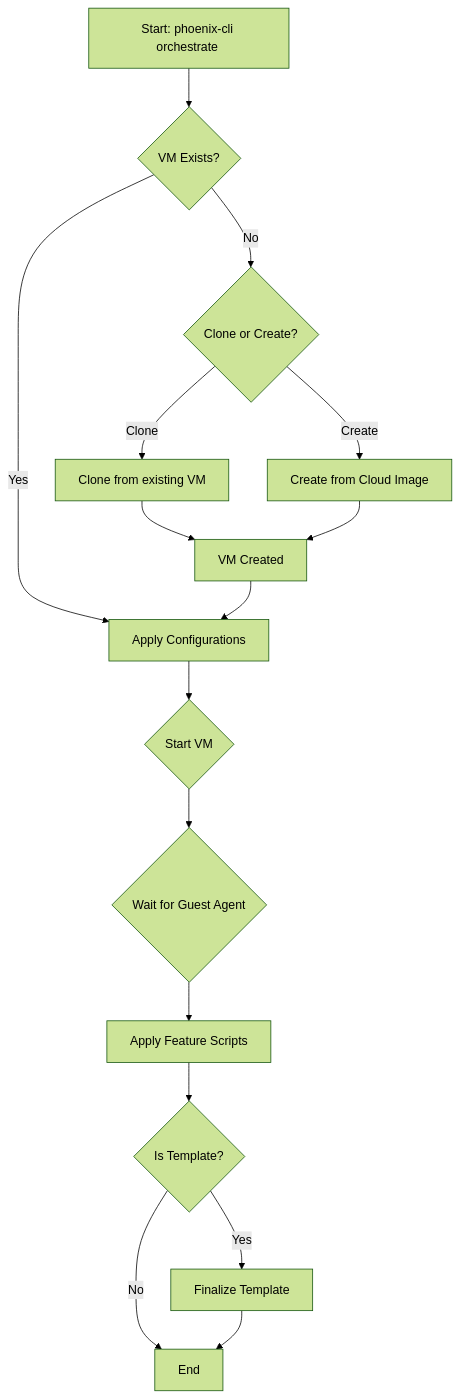
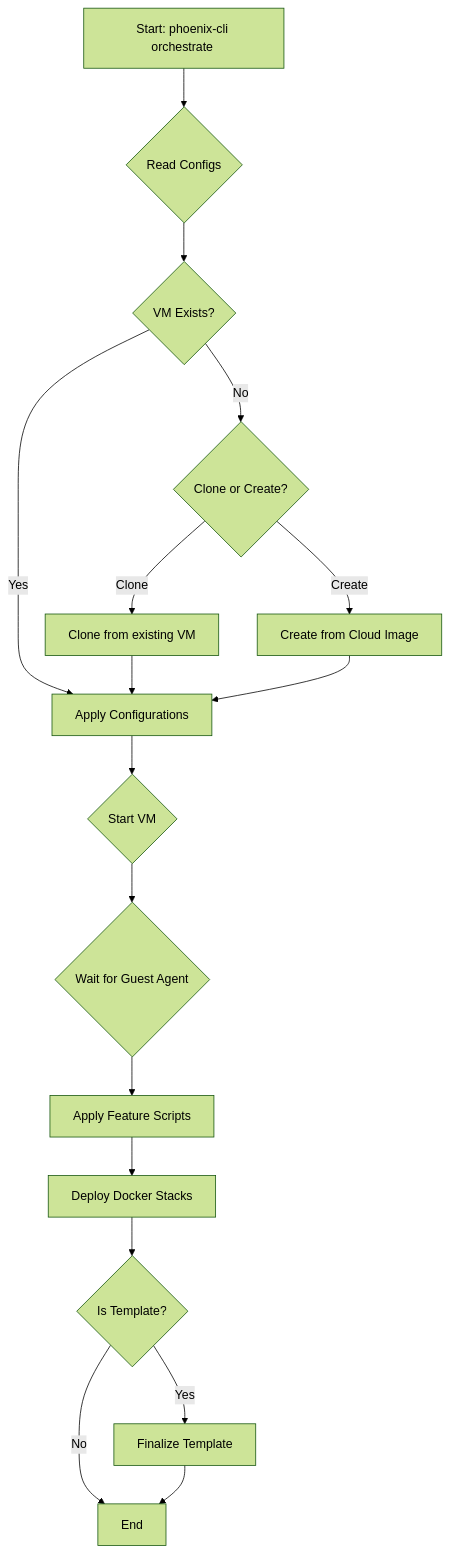
Before and after one commit to SirHeads/Testing-ideas: the diagram in Thinkheads.AI_docs/03_phoenix_hypervisor_implementation/00_guides/vm_creation_guide.md, drawn with Mermaid (forest theme). The commit also changed other lines of this file and 31 other files, not shown here.

````diff
--- a/Thinkheads.AI_docs/03_phoenix_hypervisor_implementation/00_guides/vm_creation_guide.md
+++ b/Thinkheads.AI_docs/03_phoenix_hypervisor_implementation/00_guides/vm_creation_guide.md
@@ -91,18 +96,19 @@
 ```mermaid
 graph TD
-    A[Start: phoenix-cli orchestrate <VMID>] --> B{VM Exists?};
-    B -- Yes --> G[Apply Configurations];
-    B -- No --> C{Clone or Create?};
-    C -- Clone --> D[Clone from existing VM];
-    C -- Create --> E[Create from Cloud Image];
-    D --> F[VM Created];
-    E --> F;
+    A[Start: phoenix-cli orchestrate <VMID>] --> B{Read Configs};
+    B --> C{VM Exists?};
+    C -- Yes --> G[Apply Configurations];
+    C -- No --> D{Clone or Create?};
+    D -- Clone --> E[Clone from existing VM];
+    D -- Create --> F[Create from Cloud Image];
+    E --> G;
     F --> G;
     G --> H{Start VM};
     H --> I{Wait for Guest Agent};
     I --> J[Apply Feature Scripts];
-    J --> K{Is Template?};
-    K -- Yes --> L[Finalize Template];
-    K -- No --> M[End];
-    L --> M;
+    J --> K[Deploy Docker Stacks];
+    K --> L{Is Template?};
+    L -- Yes --> M[Finalize Template];
+    L -- No --> N[End];
+    M --> N;
 ```
````
